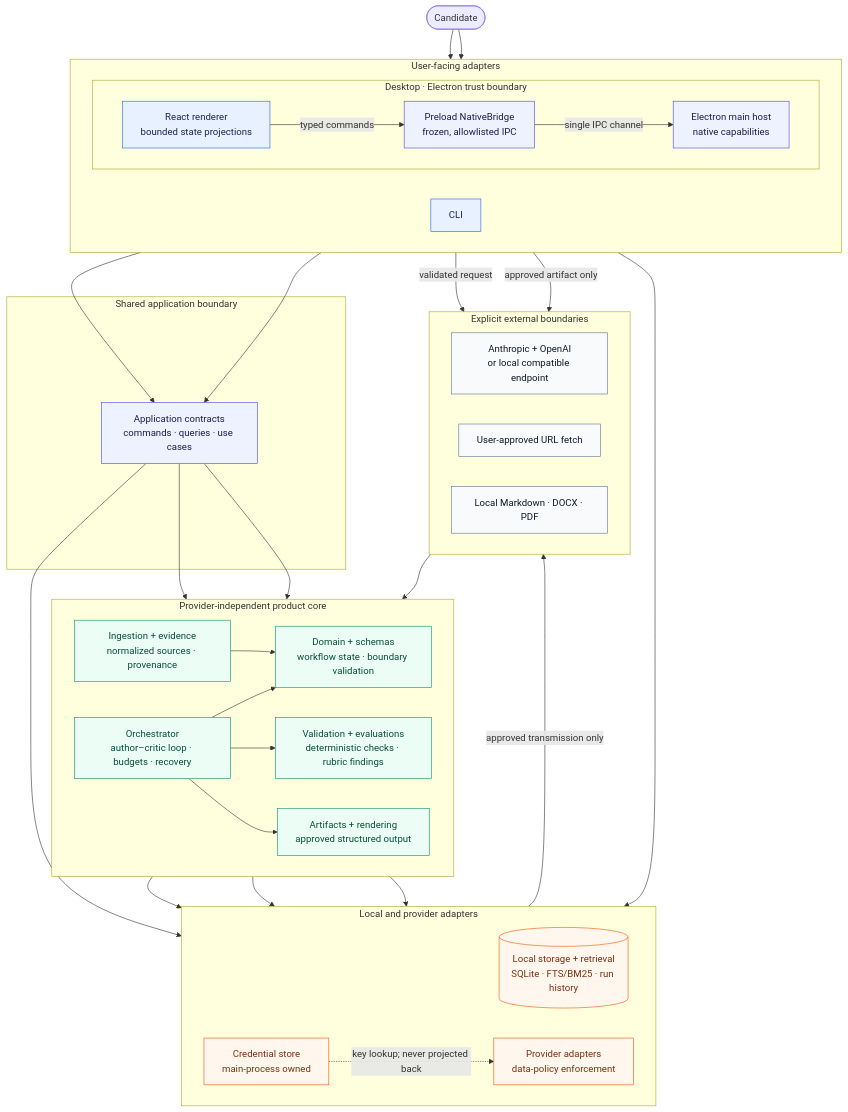
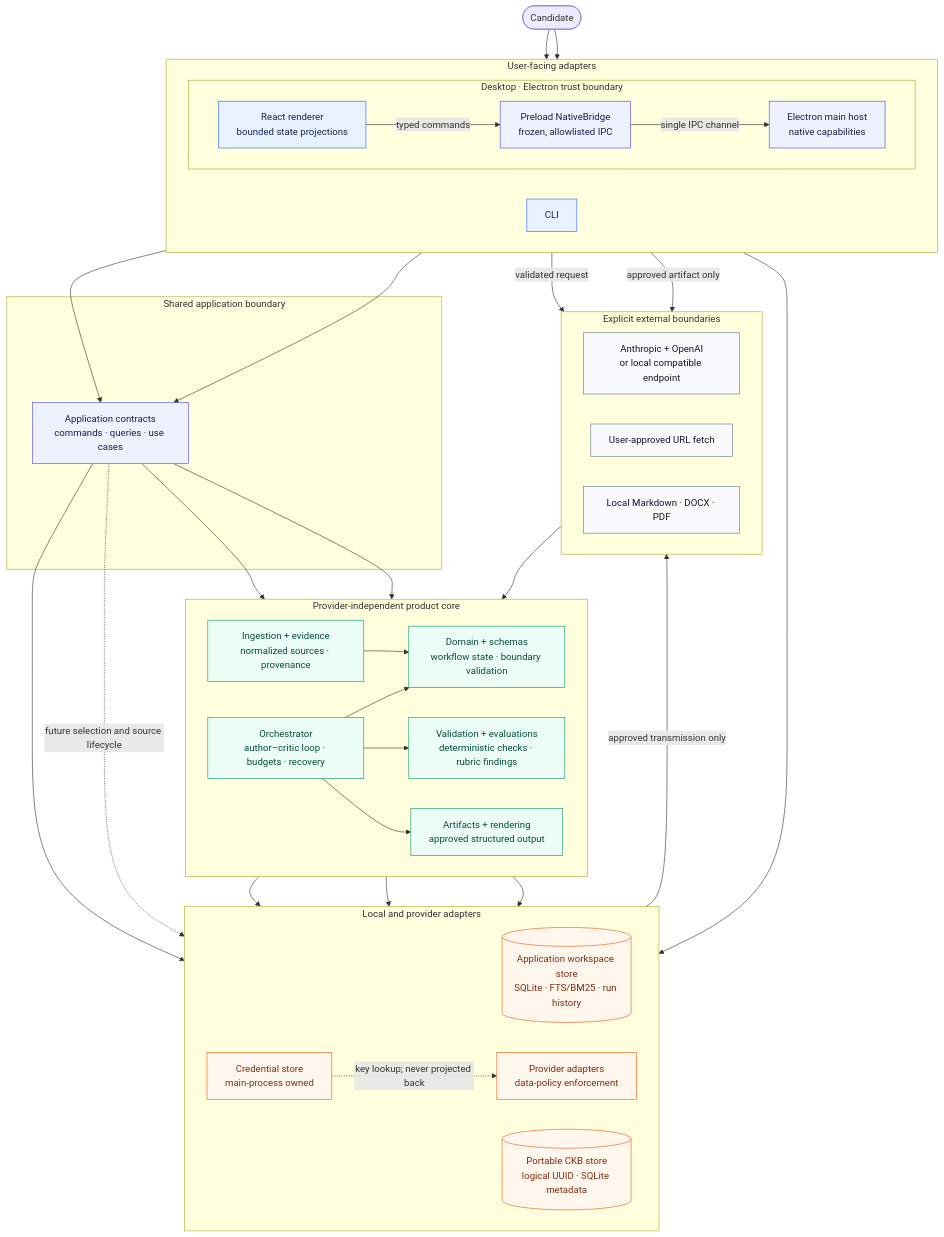
One commit to akoita/draft-loop changed the diagram in docs/architecture.md. Above: the diagram before and after it, drawn with Mermaid. The commit also changed other lines of this file and 17 other files, not shown here.

Commit message:
feat(knowledge): add portable candidate knowledge store

````diff
--- a/docs/architecture.md
+++ b/docs/architecture.md
@@ -10,77 +10,79 @@
 ```mermaid
 flowchart TB
     User([Candidate])
 
     subgraph Adapters["User-facing adapters"]
         direction LR
         CLI["CLI"]
 
         subgraph Desktop["Desktop · Electron trust boundary"]
             direction LR
             Renderer["React renderer<br/>bounded state projections"]
             Bridge["Preload NativeBridge<br/>frozen, allowlisted IPC"]
             Host["Electron main host<br/>native capabilities"]
             Renderer -->|"typed commands"| Bridge
             Bridge -->|"single IPC channel"| Host
         end
     end
 
     subgraph Application["Shared application boundary"]
         App["Application contracts<br/>commands · queries · use cases"]
     end
 
     subgraph Core["Provider-independent product core"]
         direction LR
         Orchestrator["Orchestrator<br/>author–critic loop · budgets · recovery"]
         Domain["Domain + schemas<br/>workflow state · boundary validation"]
         Knowledge["Ingestion + evidence<br/>normalized sources · provenance"]
         Quality["Validation + evaluations<br/>deterministic checks · rubric findings"]
         Artifacts["Artifacts + rendering<br/>approved structured output"]
         Orchestrator --> Domain
         Knowledge --> Domain
         Orchestrator --> Quality
         Orchestrator --> Artifacts
     end
 
     subgraph Infrastructure["Local and provider adapters"]
         direction LR
-        Storage[("Local storage + retrieval<br/>SQLite · FTS/BM25 · run history")]
+        WorkspaceStore[("Application workspace store<br/>SQLite · FTS/BM25 · run history")]
+        CKBStore[("Portable CKB store<br/>logical UUID · SQLite metadata")]
         Providers["Provider adapters<br/>data-policy enforcement"]
         Credentials["Credential store<br/>main-process owned"]
     end
 
     subgraph External["Explicit external boundaries"]
         direction LR
         Models["Anthropic + OpenAI<br/>or local compatible endpoint"]
         URL["User-approved URL fetch"]
         Export["Local Markdown · DOCX · PDF"]
     end
 
     User --> CLI
     User --> Renderer
     CLI --> App
     Host --> App
     App --> Orchestrator
     App --> Knowledge
-    App --> Storage
-    Domain --> Storage
-    Knowledge --> Storage
+    App --> WorkspaceStore
+    Domain --> WorkspaceStore
+    Knowledge --> WorkspaceStore
+    App -.->|"future selection and source lifecycle"| CKBStore
     Orchestrator --> Providers
     Host --> Credentials
     Credentials -.->|"key lookup; never projected back"| Providers
     Providers -->|"approved transmission only"| Models
     Host -->|"validated request"| URL
     URL --> Knowledge
     Host -->|"approved artifact only"| Export
 
     classDef ui fill:#e8f1ff,stroke:#2563eb,color:#172554;
     classDef boundary fill:#eef2ff,stroke:#4f46e5,color:#1e1b4b;
     classDef core fill:#ecfdf5,stroke:#059669,color:#064e3b;
     classDef infra fill:#fff7ed,stroke:#ea580c,color:#7c2d12;
     classDef external fill:#f8fafc,stroke:#64748b,color:#0f172a;
     class CLI,Renderer ui;
     class Bridge,Host,App boundary;
     class Orchestrator,Domain,Knowledge,Quality,Artifacts core;
-    class Storage,Providers,Credentials infra;
+    class WorkspaceStore,CKBStore,Providers,Credentials infra;
     class Models,URL,Export external;
 ```
````
